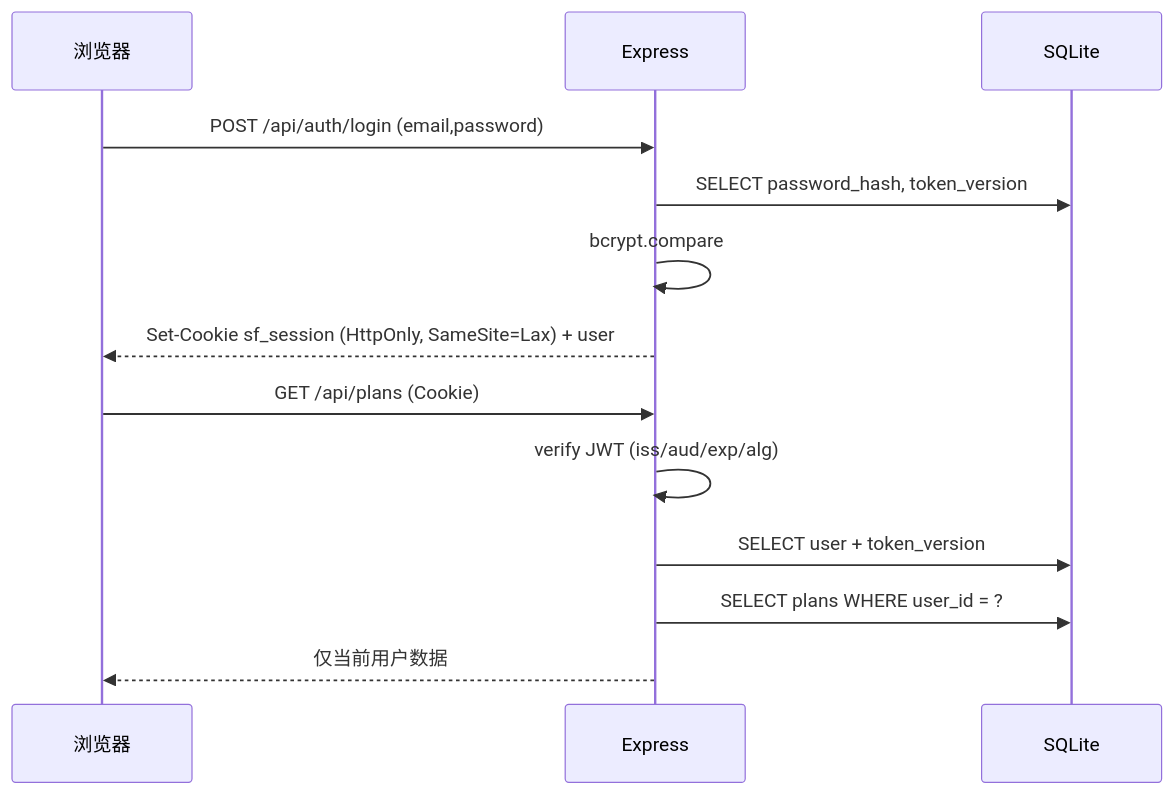
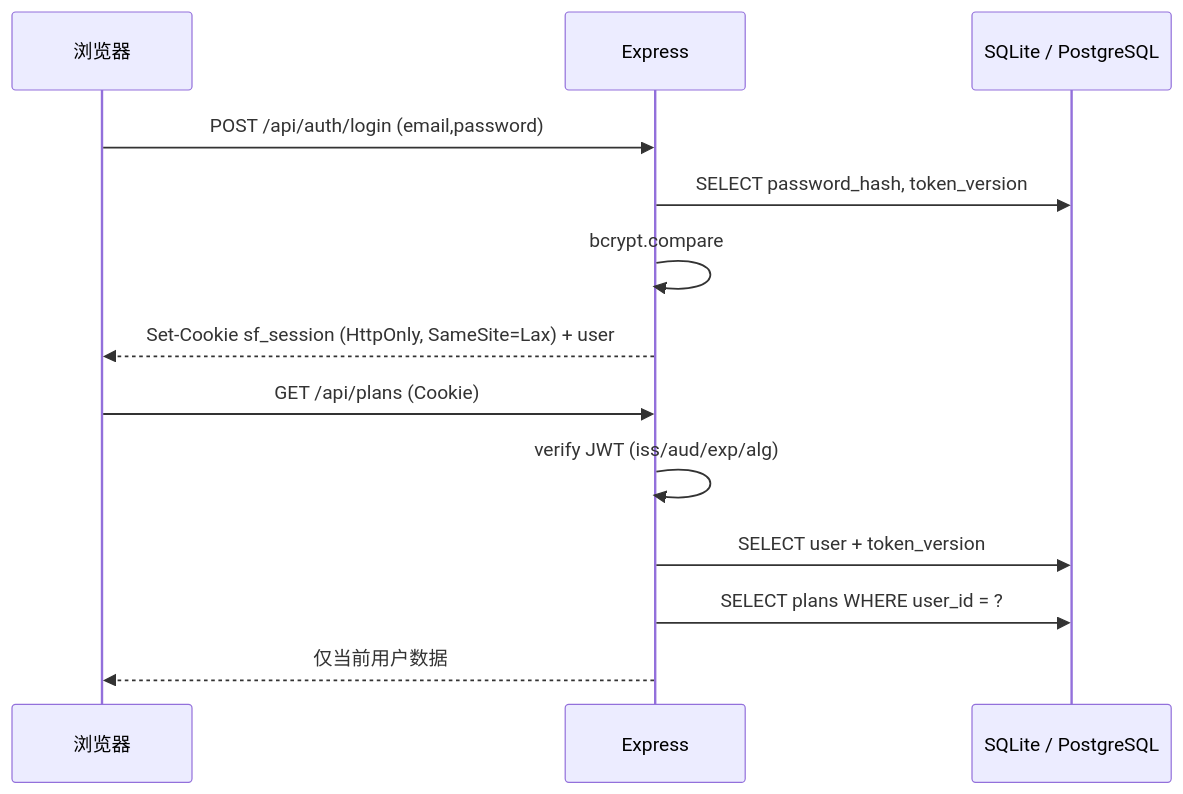
The fourth of 6 diagrams in docs/architecture.md (lebin2025/studyFlowAI), drawn with Mermaid before and after one commit. The commit also changed other lines of this file and 31 other files, not shown here.

Commit message:
feat: support Supabase PostgreSQL and free Render deployment

````diff
--- a/docs/architecture.md
+++ b/docs/architecture.md
@@ -199,15 +199,15 @@
 ```mermaid
 sequenceDiagram
   participant B as 浏览器
   participant A as Express
-  participant D as SQLite
+  participant D as SQLite / PostgreSQL
   B->>A: POST /api/auth/login (email,password)
   A->>D: SELECT password_hash, token_version
   A->>A: bcrypt.compare
   A-->>B: Set-Cookie sf_session (HttpOnly, SameSite=Lax) + user
   B->>A: GET /api/plans (Cookie)
   A->>A: verify JWT (iss/aud/exp/alg)
   A->>D: SELECT user + token_version
   A->>D: SELECT plans WHERE user_id = ?
   A-->>B: 仅当前用户数据
 ```
````
